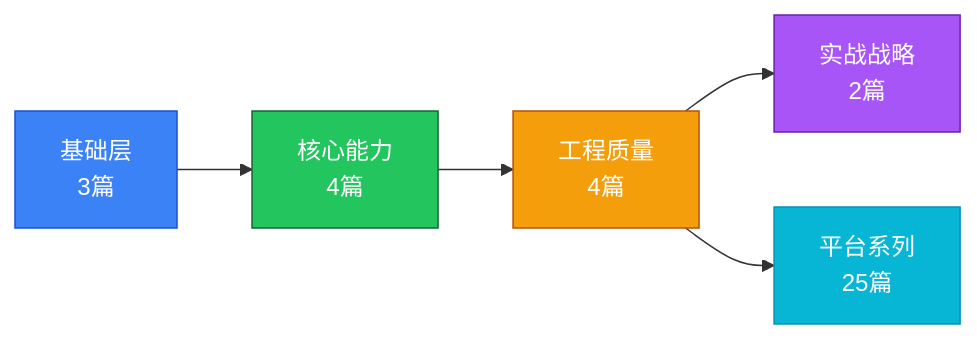
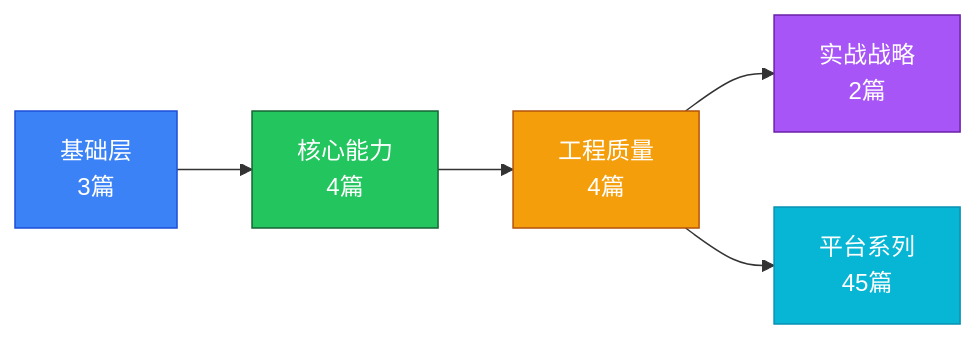
The seventh of 7 diagrams in README.md (kudig-io/kudig-database), drawn with Mermaid before and after one commit. The commit also changed other lines of this file and 65 other files, not shown here.

````diff
--- a/README.md
+++ b/README.md
@@ -552,13 +639,13 @@
 ```mermaid
 flowchart LR
     A[基础层<br/>3篇] --> B[核心能力<br/>4篇]
     B --> C[工程质量<br/>4篇]
     C --> D[实战战略<br/>2篇]
-    C --> E[平台系列<br/>25篇]
+    C --> E[平台系列<br/>45篇]
     
     style A fill:#3b82f6,stroke:#1d4ed8,color:#fff
     style B fill:#22c55e,stroke:#166534,color:#fff
     style C fill:#f59e0b,stroke:#b45309,color:#fff
     style D fill:#a855f7,stroke:#6b21a8,color:#fff
     style E fill:#06b6d4,stroke:#0891b2,color:#fff
 ```
````
